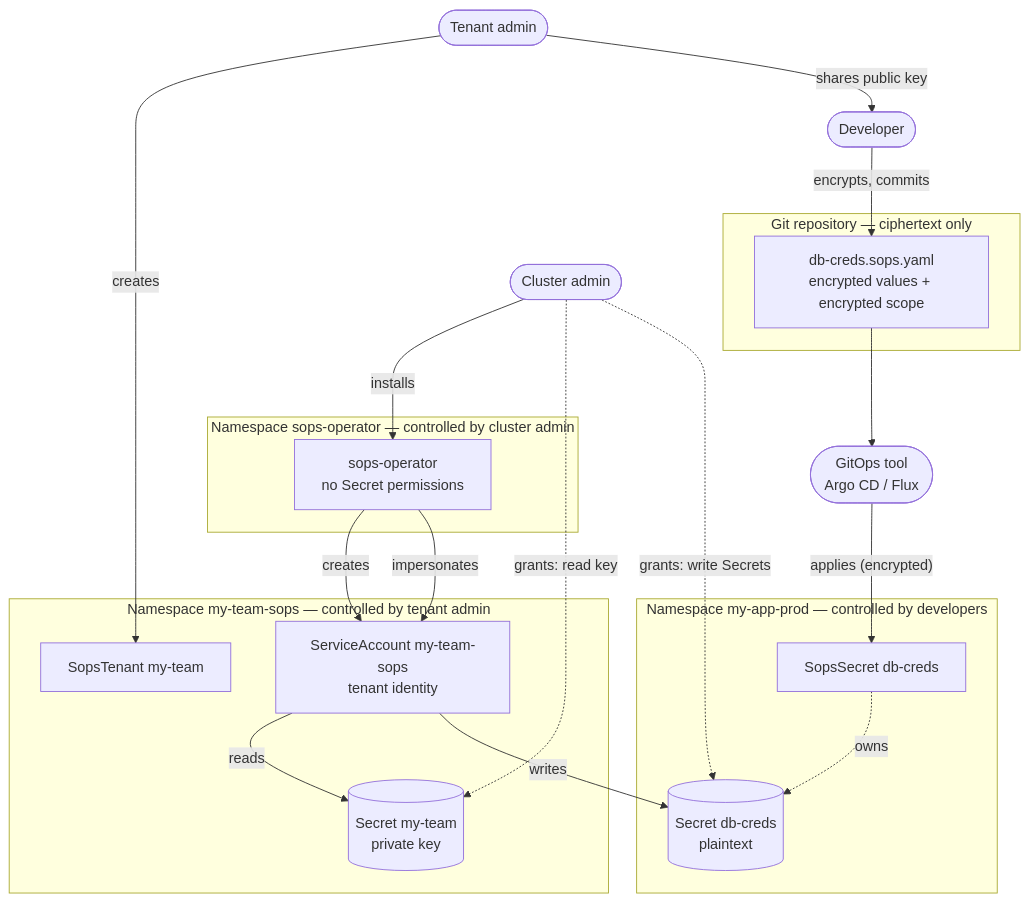
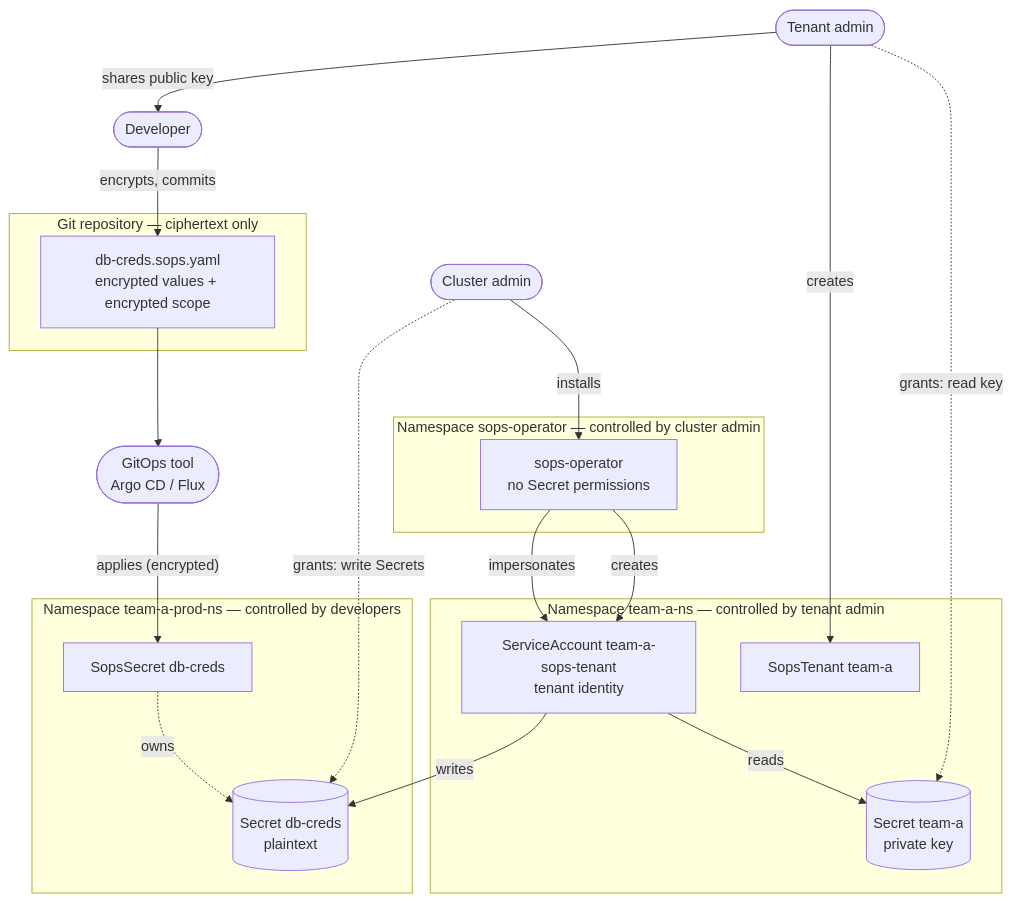
The first of 3 diagrams in DESIGN.md (stakater/sops-operator), drawn with Mermaid before and after one commit. The commit also changed other lines of this file and 14 other files, not shown here.

First line of the commit message:
Release v0.0.3: <tenant>-sops-tenant ServiceAccounts, tenant-admin onboarding

````diff
--- a/DESIGN.md
+++ b/DESIGN.md
@@ -107,41 +107,41 @@
 ```mermaid
 flowchart TB
     CA(["Cluster admin"])
     TA(["Tenant admin"])
     DEV(["Developer"])
 
     subgraph GIT["Git repository — ciphertext only"]
         FILE["db-creds.sops.yaml<br/>encrypted values + encrypted scope"]
     end
 
     GITOPS(["GitOps tool<br/>Argo CD / Flux"])
 
     subgraph OPNS["Namespace sops-operator — controlled by cluster admin"]
         OP["sops-operator<br/>no Secret permissions"]
     end
 
-    subgraph TNS["Namespace my-team-sops — controlled by tenant admin"]
-        TEN["SopsTenant my-team"]
-        KEY[("Secret my-team<br/>private key")]
-        SA["ServiceAccount my-team-sops<br/>tenant identity"]
+    subgraph TNS["Namespace team-a-ns — controlled by tenant admin"]
+        TEN["SopsTenant team-a"]
+        KEY[("Secret team-a<br/>private key")]
+        SA["ServiceAccount team-a-sops-tenant<br/>tenant identity"]
     end
 
-    subgraph PROD["Namespace my-app-prod — controlled by developers"]
+    subgraph PROD["Namespace team-a-prod-ns — controlled by developers"]
         SS["SopsSecret db-creds"]
         OUT[("Secret db-creds<br/>plaintext")]
     end
 
     CA -->|installs| OP
     OP -->|creates| SA
-    CA -.->|"grants: read key"| KEY
+    TA -.->|"grants: read key"| KEY
     CA -.->|"grants: write Secrets"| OUT
     TA -->|creates| TEN
     TA -->|"shares public key"| DEV
     DEV -->|"encrypts, commits"| FILE
     FILE --> GITOPS
     GITOPS -->|"applies (encrypted)"| SS
     OP -->|impersonates| SA
     SA -->|reads| KEY
     SA -->|writes| OUT
     SS -.->|owns| OUT
 ```
````
